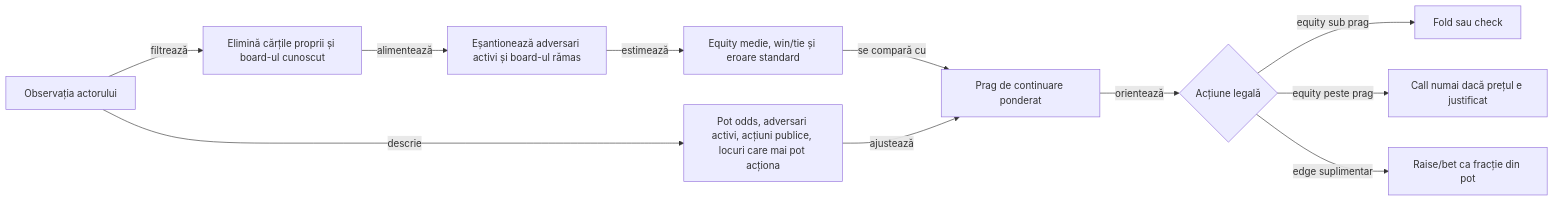
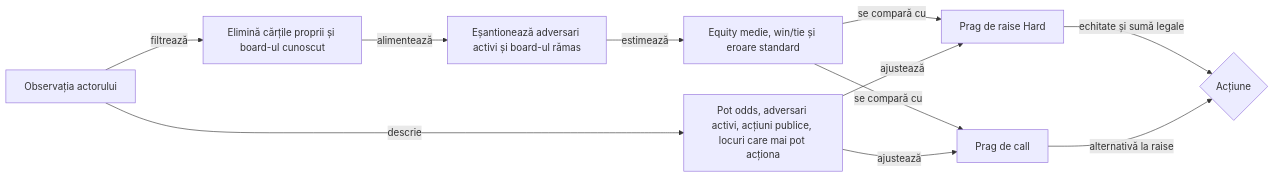
Before and after one commit to crististefanita/atf_j6: the first of 2 diagrams in docs/requirements/AI_REQUIREMENTS.md, drawn with Mermaid. The commit also changed other lines of this file and 7 other files, not shown here.

Commit message:
Separate Hard call and raise thresholds and calibrate value raises

````diff
--- a/docs/requirements/AI_REQUIREMENTS.md
+++ b/docs/requirements/AI_REQUIREMENTS.md
@@ -43,13 +43,13 @@
 ```mermaid
 flowchart LR
     OBS[Observația actorului] -->|filtrează| DECK[Elimină cărțile proprii și board-ul cunoscut]
     DECK -->|alimentează| MC[Eșantionează adversari activi și board-ul rămas]
     MC -->|estimează| EQ[Equity medie, win/tie și eroare standard]
     OBS -->|descrie| CTX[Pot odds, adversari activi, acțiuni publice, locuri care mai pot acționa]
-    EQ -->|se compară cu| RISK[Prag de continuare ponderat]
-    CTX -->|ajustează| RISK
-    RISK -->|orientează| ACT{Acțiune legală}
-    ACT -->|equity sub prag| FOLD[Fold sau check]
-    ACT -->|equity peste prag| CALL[Call numai dacă prețul e justificat]
-    ACT -->|edge suplimentar| RAISE[Raise/bet ca fracție din pot]
+    EQ -->|se compară cu| CALL[Prag de call]
+    EQ -->|se compară cu| RAISE[Prag de raise Hard]
+    CTX -->|ajustează| CALL
+    CTX -->|ajustează| RAISE
+    RAISE -->|echitate și sumă legale| ACT{Acțiune}
+    CALL -->|alternativă la raise| ACT
 ```
````
